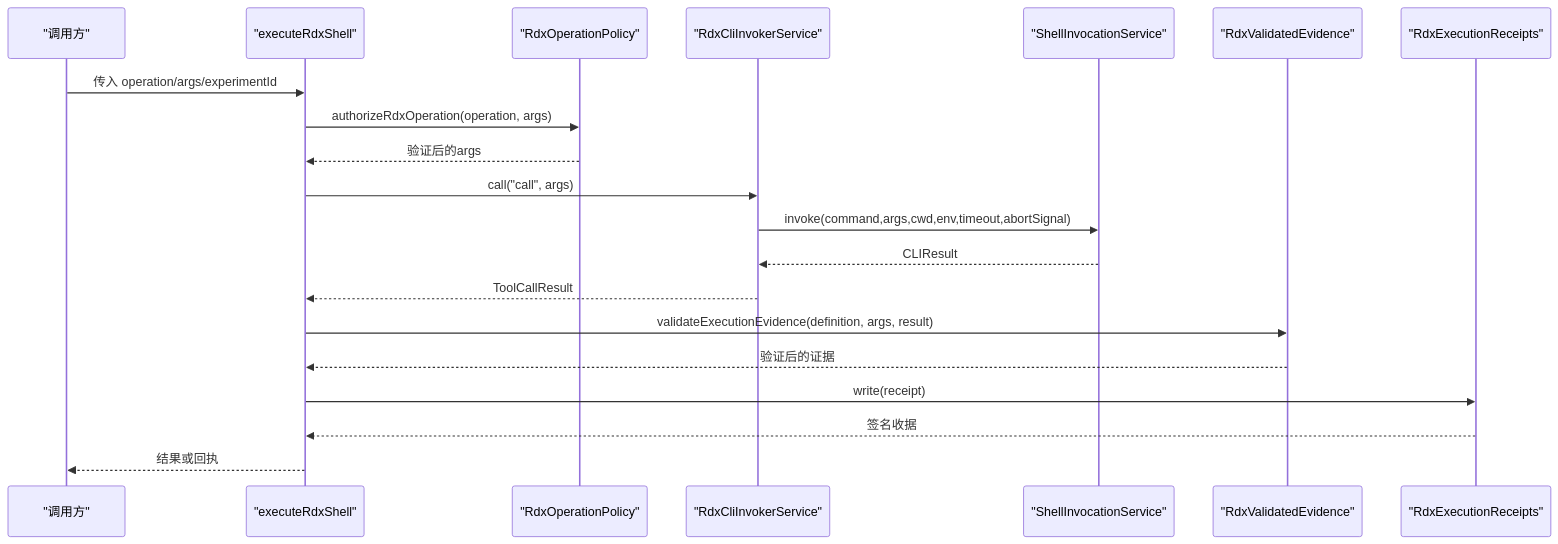
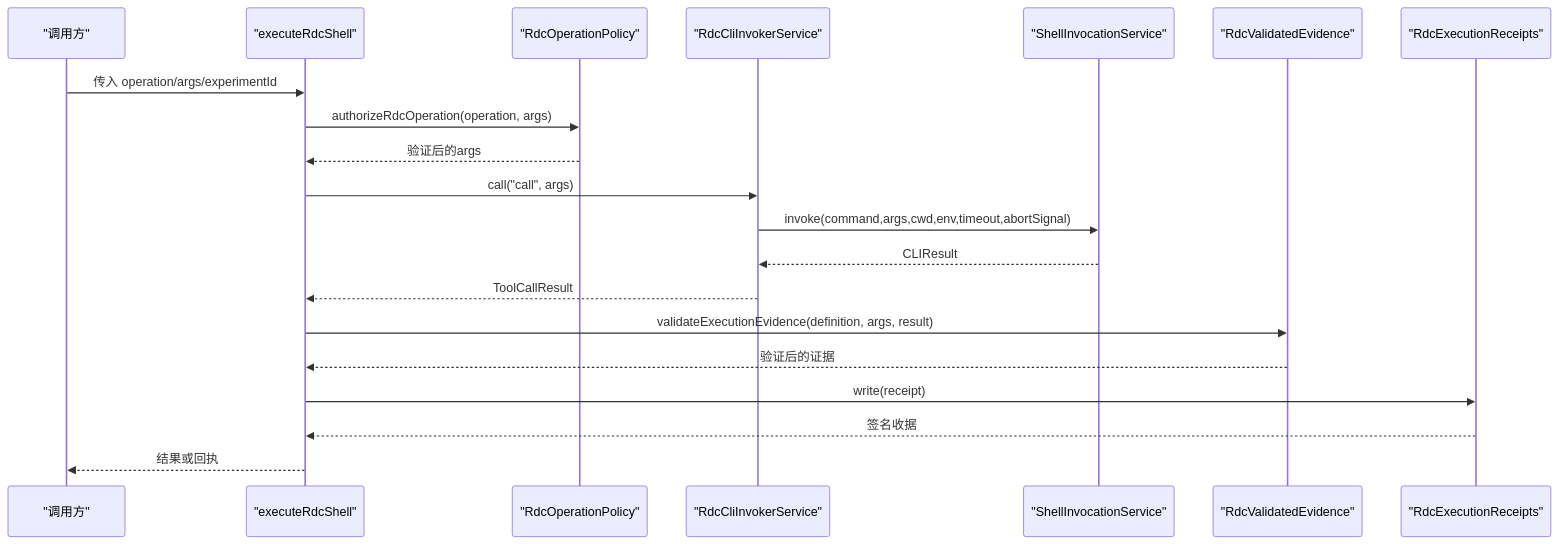
Before and after one commit to haolange/RDC-Agent: the sixth of 6 diagrams in .qoder/repowiki/zh/content/架构设计/核心组件设计/CLI调用器设计/CLI调用器设计.md, drawn with Mermaid. The commit also changed other lines of this file and 557 other files, not shown here.

````diff
--- a/.qoder/repowiki/zh/content/架构设计/核心组件设计/CLI调用器设计/CLI调用器设计.md
+++ b/.qoder/repowiki/zh/content/架构设计/核心组件设计/CLI调用器设计/CLI调用器设计.md
@@ -489,22 +489,22 @@
 ```mermaid
 sequenceDiagram
 participant U as "调用方"
-participant E as "executeRdxShell"
-participant P as "RdxOperationPolicy"
-participant I as "RdxCliInvokerService"
+participant E as "executeRdcShell"
+participant P as "RdcOperationPolicy"
+participant I as "RdcCliInvokerService"
 participant S as "ShellInvocationService"
-participant V as "RdxValidatedEvidence"
-participant R as "RdxExecutionReceipts"
+participant V as "RdcValidatedEvidence"
+participant R as "RdcExecutionReceipts"
 U->>E : 传入 operation/args/experimentId
-E->>P : authorizeRdxOperation(operation, args)
+E->>P : authorizeRdcOperation(operation, args)
 P-->>E : 验证后的args
 E->>I : call("call", args)
 I->>S : invoke(command,args,cwd,env,timeout,abortSignal)
 S-->>I : CLIResult
 I-->>E : ToolCallResult
 E->>V : validateExecutionEvidence(definition, args, result)
 V-->>E : 验证后的证据
 E->>R : write(receipt)
 R-->>E : 签名收据
 E-->>U : 结果或回执
 ```
````
